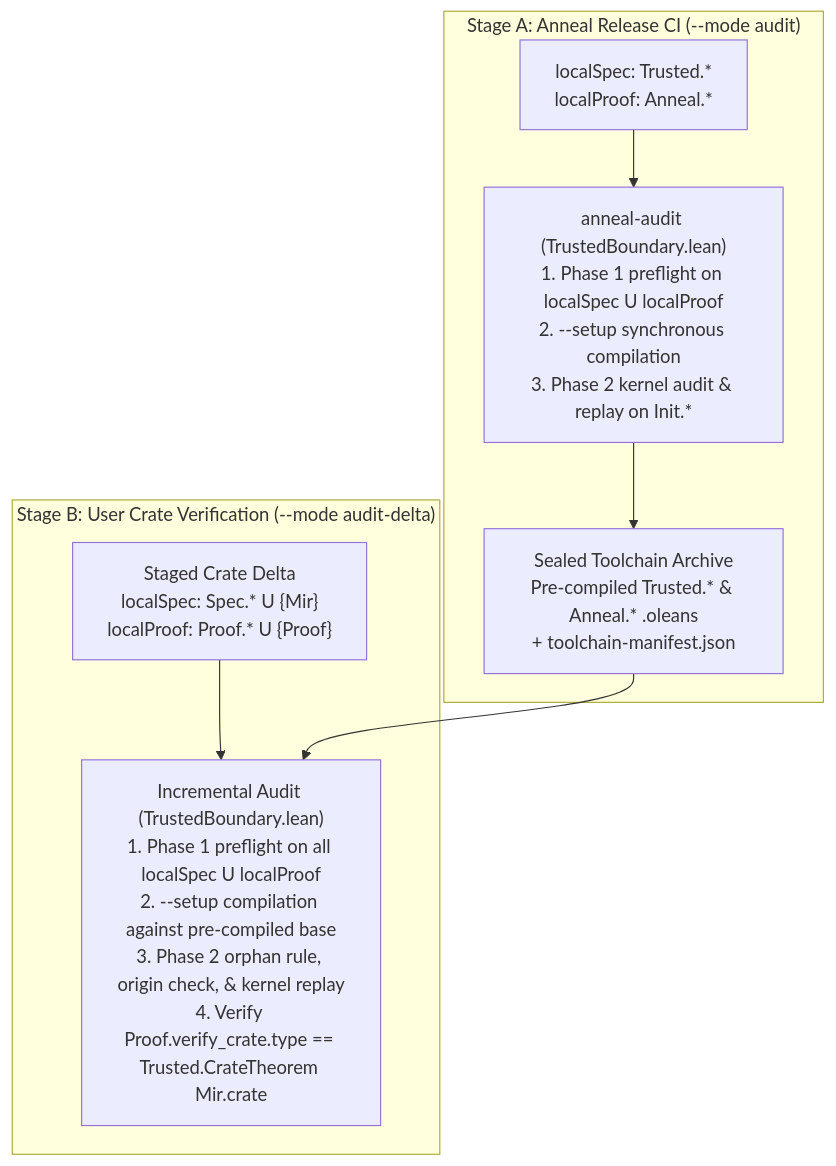
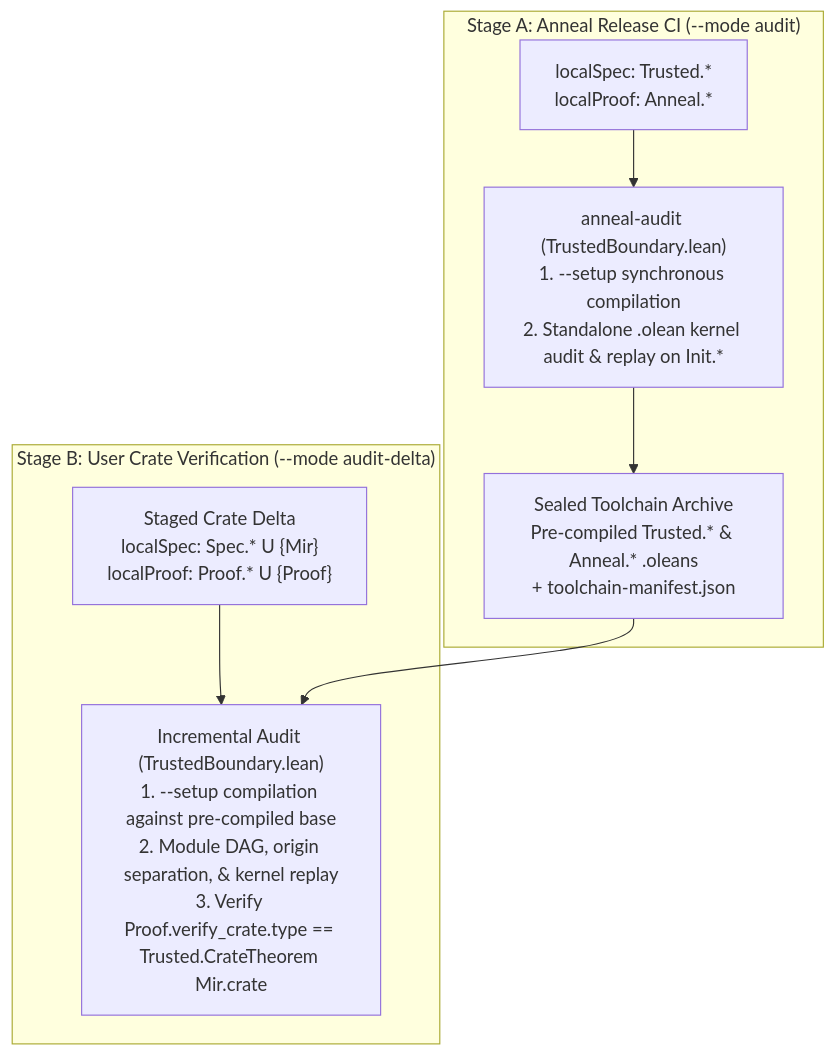
The diagram in docs/trust-model.md (joshlf/anneal), drawn with Mermaid before and after one commit. The commit also changed other lines of this file and 2 other files, not shown here.

First line of the commit message:
[docs] Update trust audit and MIR pipeline design

````diff
--- a/docs/trust-model.md
+++ b/docs/trust-model.md
@@ -132,12 +130,12 @@
 ```mermaid
 flowchart TD
     subgraph StageA ["Stage A: Anneal Release CI (--mode audit)"]
-        A_SRC["localSpec: Trusted.*\nlocalProof: Anneal.*"] --> A_AUD["anneal-audit (TrustedBoundary.lean)\n1. Phase 1 preflight on localSpec U localProof\n2. --setup synchronous compilation\n3. Phase 2 kernel audit & replay on Init.*"]
+        A_SRC["localSpec: Trusted.*\nlocalProof: Anneal.*"] --> A_AUD["anneal-audit (TrustedBoundary.lean)\n1. --setup synchronous compilation\n2. Standalone .olean kernel audit & replay on Init.*"]
         A_AUD --> ARCHIVE["Sealed Toolchain Archive\nPre-compiled Trusted.* & Anneal.* .oleans\n+ toolchain-manifest.json"]
     end
 
     subgraph StageB ["Stage B: User Crate Verification (--mode audit-delta)"]
-        U_CRATE["Staged Crate Delta\nlocalSpec: Spec.* U {Mir}\nlocalProof: Proof.* U {Proof}"] --> DELTA["Incremental Audit (TrustedBoundary.lean)\n1. Phase 1 preflight on all localSpec U localProof\n2. --setup compilation against pre-compiled base\n3. Phase 2 orphan rule, origin check, & kernel replay\n4. Verify Proof.verify_crate.type == Trusted.CrateTheorem Mir.crate"]
+        U_CRATE["Staged Crate Delta\nlocalSpec: Spec.* U {Mir}\nlocalProof: Proof.* U {Proof}"] --> DELTA["Incremental Audit (TrustedBoundary.lean)\n1. --setup compilation against pre-compiled base\n2. Module DAG, origin separation, & kernel replay\n3. Verify Proof.verify_crate.type == Trusted.CrateTheorem Mir.crate"]
         ARCHIVE --> DELTA
     end
 ```
````
